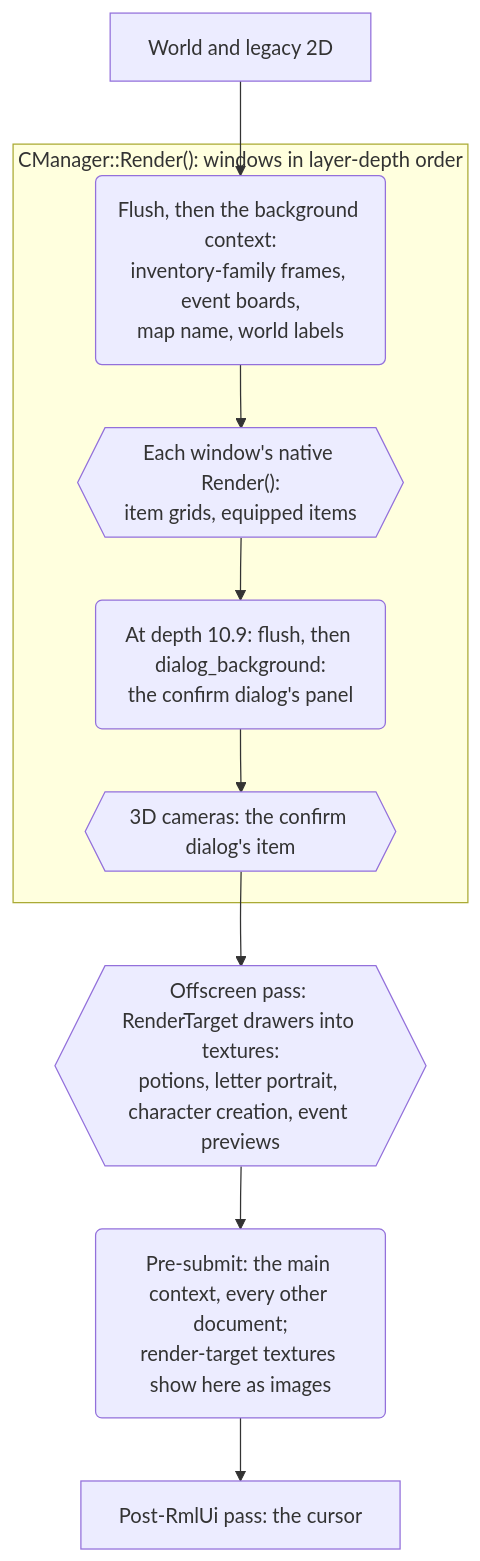
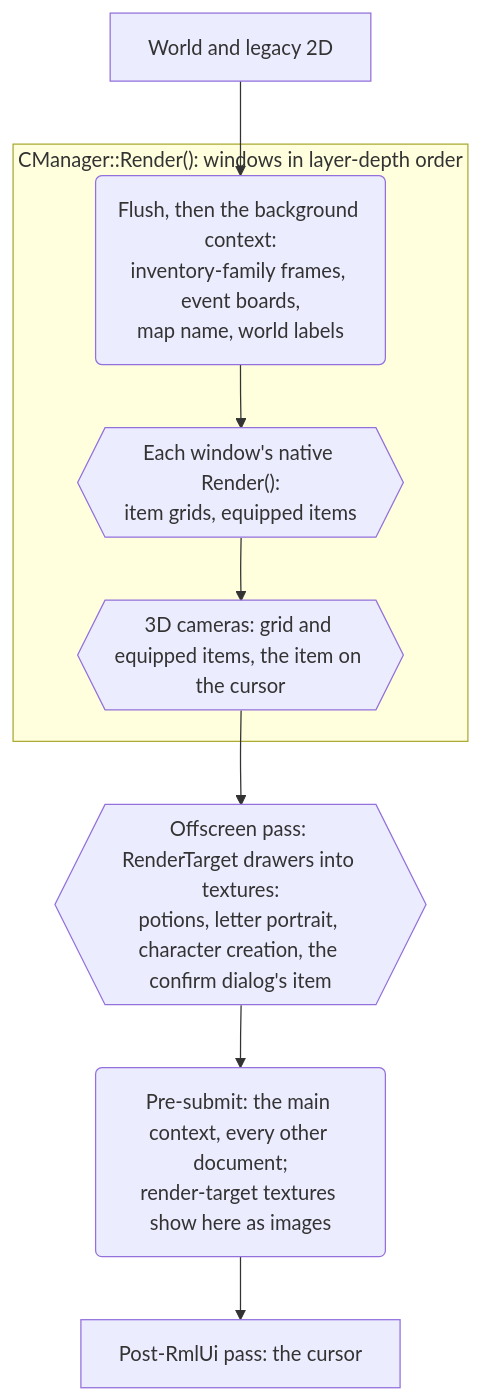
One commit to sven-n/MuMain changed the diagram in docs/rmlui-ui-system/README.md. Above: the diagram before and after it, drawn with Mermaid. The commit also changed other lines of this file and 26 other files, not shown here.

First line of the commit message:
Draw the confirm dialog's item preview into a render target and retire dialog_background

````diff
--- a/docs/rmlui-ui-system/README.md
+++ b/docs/rmlui-ui-system/README.md
@@ -77,14 +77,13 @@
 ```mermaid
 flowchart TD
     scene["World and legacy 2D"]
     subgraph loop["CManager::Render(): windows in layer-depth order"]
         bg("Flush, then the background context:<br/>inventory-family frames, event boards,<br/>map name, world labels")
         win{{"Each window's native Render():<br/>item grids, equipped items"}}
-        dlgbg("At depth 10.9: flush, then dialog_background:<br/>the confirm dialog's panel")
-        cam{{"3D cameras: the confirm dialog's item"}}
+        cam{{"3D cameras: grid and equipped items, the item on the cursor"}}
     end
-    rtt{{"Offscreen pass: RenderTarget drawers into textures:<br/>potions, letter portrait, character creation, event previews"}}
+    rtt{{"Offscreen pass: RenderTarget drawers into textures:<br/>potions, letter portrait, character creation, the confirm dialog's item"}}
     main("Pre-submit: the main context, every other document;<br/>render-target textures show here as images")
     post["Post-RmlUi pass: the cursor"]
-    scene --> bg --> win --> dlgbg --> cam --> rtt --> main --> post
+    scene --> bg --> win --> cam --> rtt --> main --> post
 ```
````
